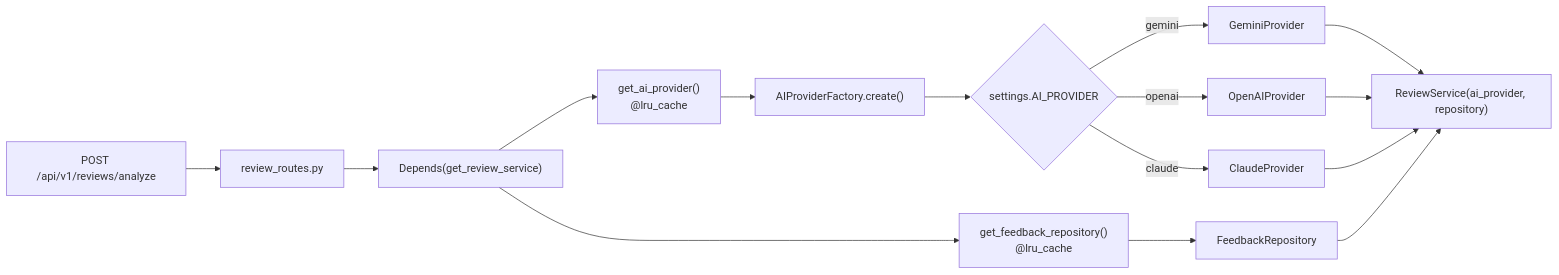
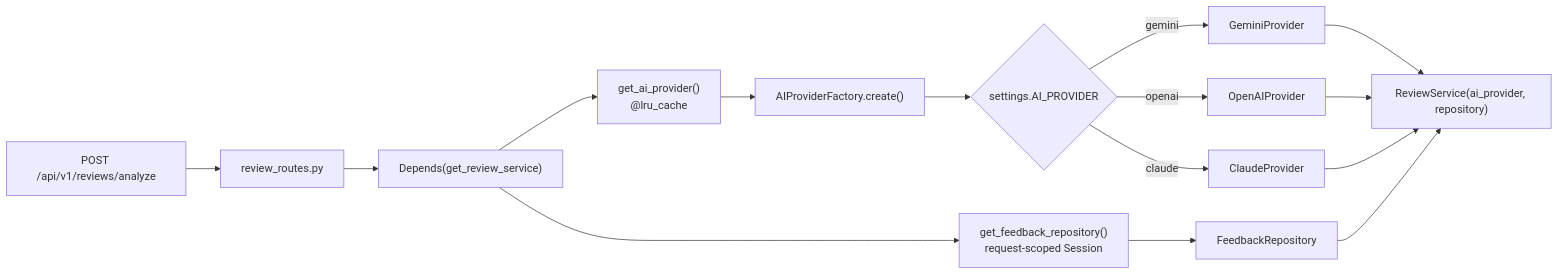
Before and after one commit to saurabhzaiswal/GenAI-Customer-Review-Analyzer: the third of 10 diagrams in docs/ARCHITECHTURE.md, drawn with Mermaid. The commit also changed other lines of this file and 37 other files, not shown here.

Commit message:
feat: optimize review analytics and enhance SEO, i18n, exports, and architecture

````diff
--- a/docs/ARCHITECHTURE.md
+++ b/docs/ARCHITECHTURE.md
@@ -68,15 +68,15 @@
 ```mermaid
 flowchart LR
     A["POST /api/v1/reviews/analyze"] --> B["review_routes.py"]
     B --> C["Depends(get_review_service)"]
     C --> D["get_ai_provider()<br/>@lru_cache"]
-    C --> E["get_feedback_repository()<br/>@lru_cache"]
+    C --> E["get_feedback_repository()<br/>request-scoped Session"]
     D --> F["AIProviderFactory.create()"]
     F --> G{"settings.AI_PROVIDER"}
     G -- gemini --> H[GeminiProvider]
     G -- openai --> I[OpenAIProvider]
     G -- claude --> J[ClaudeProvider]
     E --> K[FeedbackRepository]
     H & I & J --> L["ReviewService(ai_provider, repository)"]
     K --> L
 ```
````
